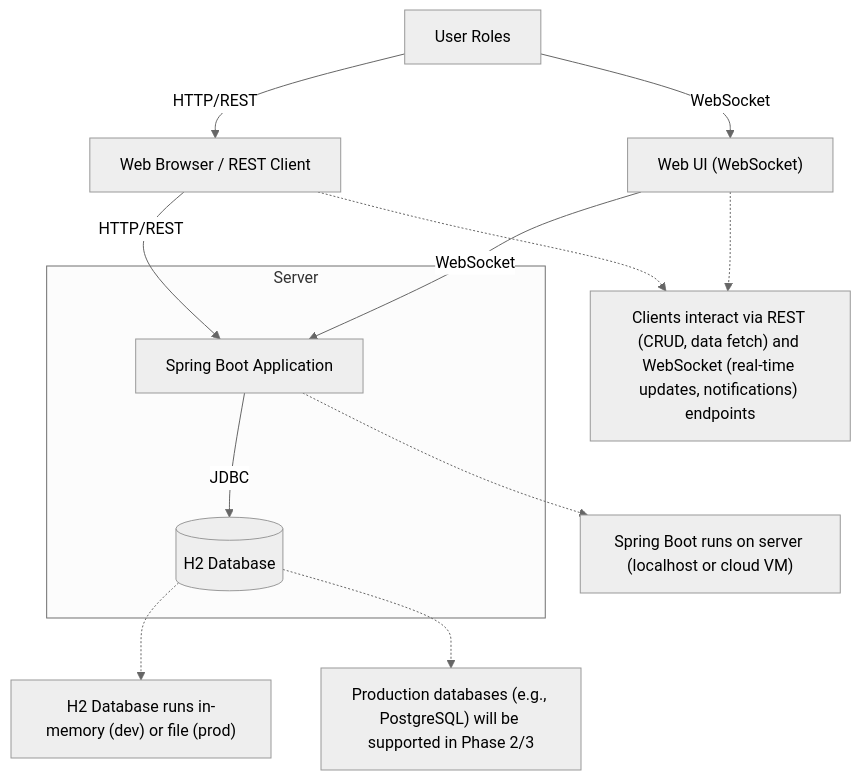
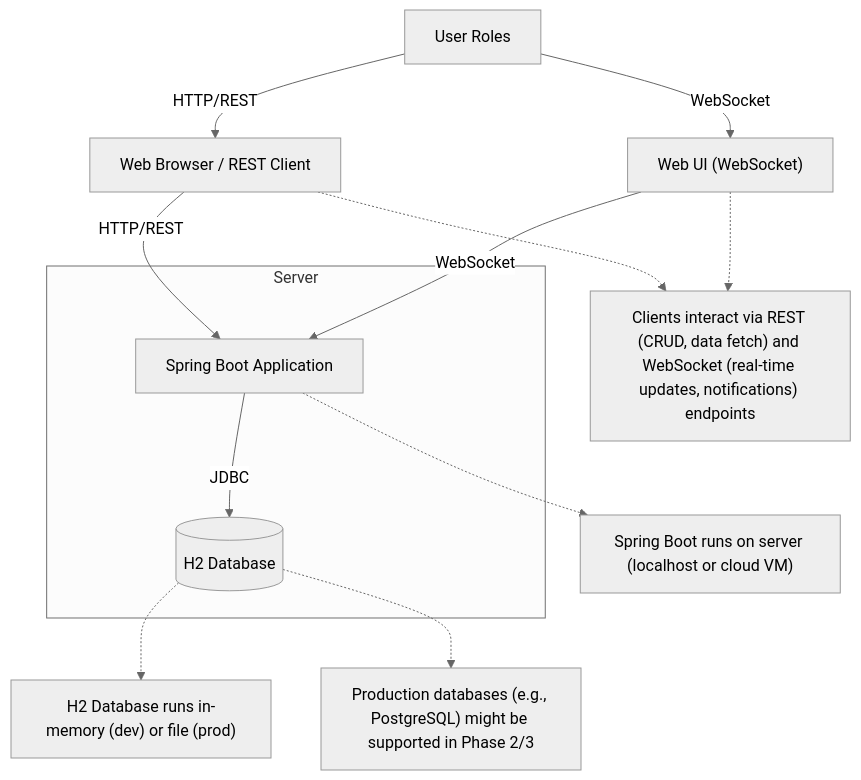
Before and after one commit to Sherry19971998/restaurant_management_system: the second of 3 diagrams in README.md, drawn with Mermaid (neutral theme). The commit also changed other lines of this file, not shown here.

````diff
--- a/README.md
+++ b/README.md
@@ -402,30 +402,30 @@
 ```mermaid
 graph TD
     User[User Roles]
     App[Spring Boot Application]
     DB[(H2 Database)]
     Browser[Web Browser / REST Client]
     WebUI["Web UI (WebSocket)"]
     
     User -->|HTTP/REST| Browser
     User -->|WebSocket| WebUI
     WebUI -->|WebSocket| App
     Browser -->|HTTP/REST| App
     App -->|JDBC| DB
     
     subgraph Server
         App
         DB
     end
     
     note1["Spring Boot runs on server (localhost or cloud VM)"]
     note2["H2 Database runs in-memory (dev) or file (prod)"]
     note3["Clients interact via REST (CRUD, data fetch) and WebSocket (real-time updates, notifications) endpoints"]
-    note4["Production databases (e.g., PostgreSQL) will be supported in Phase 2/3"]
+    note4["Production databases (e.g., PostgreSQL) might be supported in Phase 2/3"]
     
     App -.-> note1
     DB -.-> note2
     Browser -.-> note3
     WebUI -.-> note3
     DB -.-> note4
 ```
````
